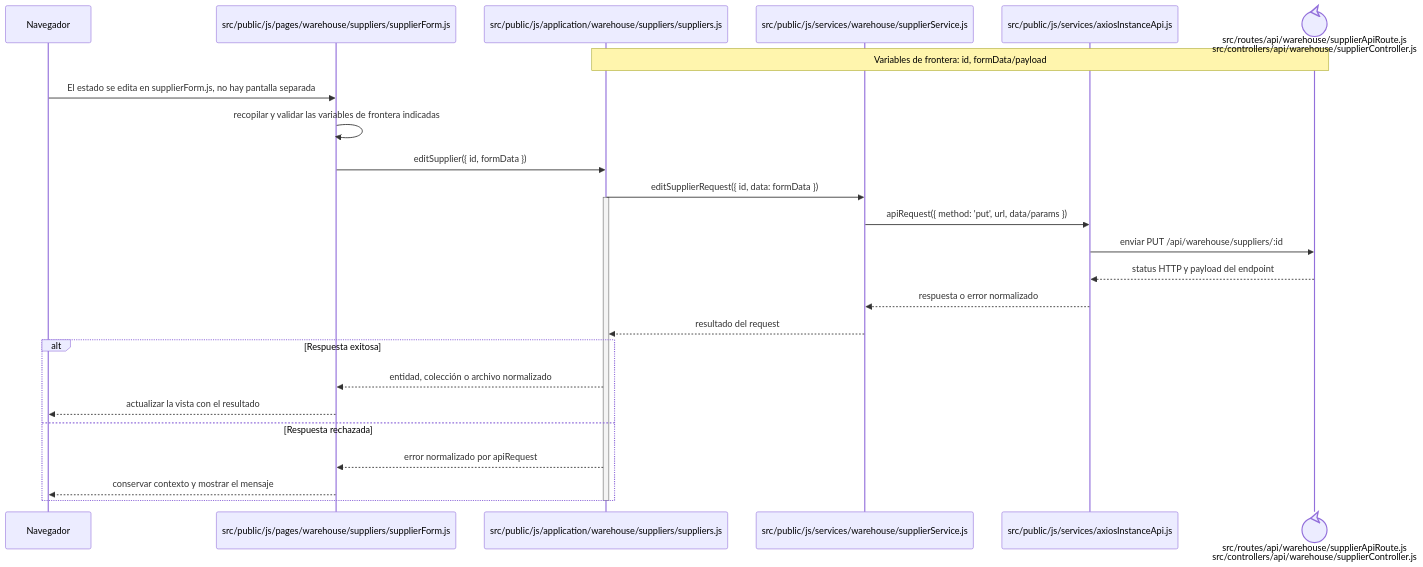
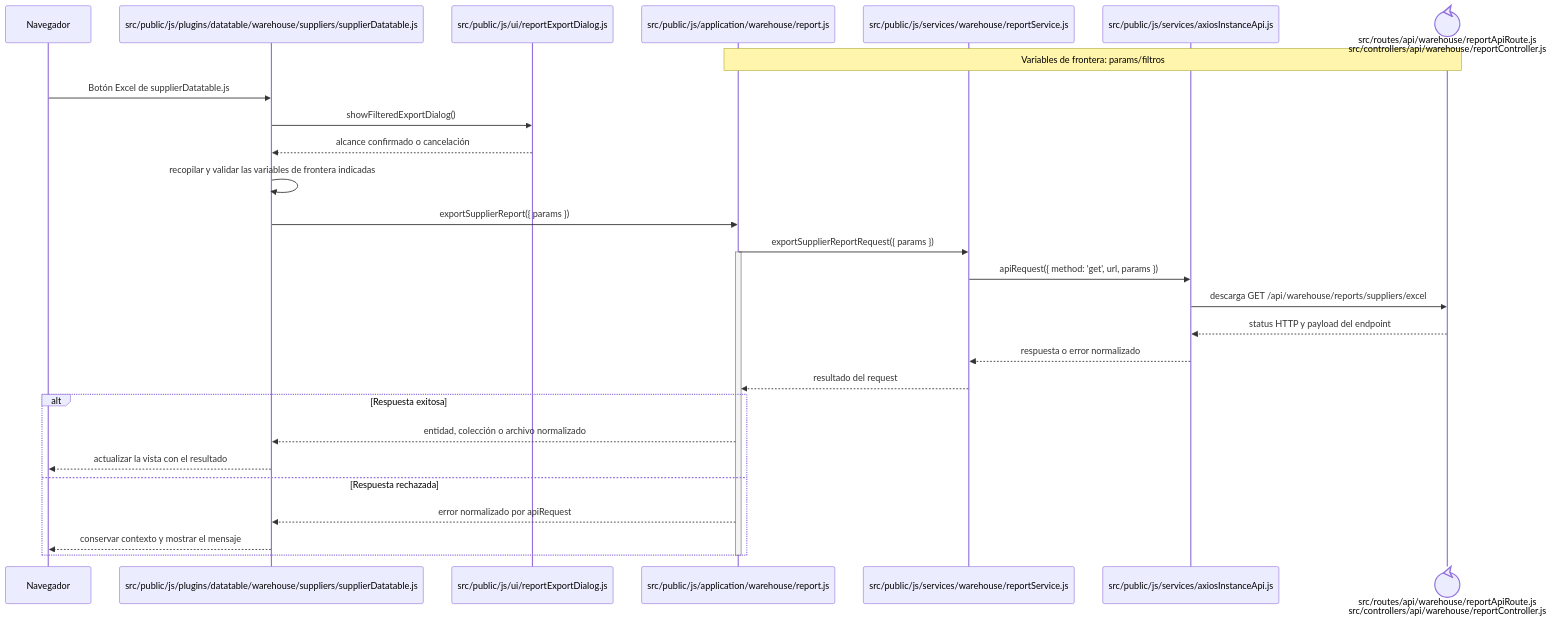
One commit to gpgsistemas01/nexus changed the diagram in docs/architecture/frontend-code-sequences/catalogs/cu-cat-13.md. Above: the diagram before and after it, drawn with Mermaid. The commit also changed other lines of this file and 207 other files, not shown here.

````diff
--- a/docs/architecture/frontend-code-sequences/catalogs/cu-cat-13.md
+++ b/docs/architecture/frontend-code-sequences/catalogs/cu-cat-13.md
@@ -6,29 +6,32 @@
 ```mermaid
 sequenceDiagram
     participant Browser as Navegador
-    participant View as src/public/js/pages/warehouse/suppliers/supplierForm.js
-    participant Application as src/public/js/application/warehouse/suppliers/suppliers.js
-    participant Request as src/public/js/services/warehouse/supplierService.js
+    participant View as src/public/js/plugins/datatable/warehouse/suppliers/supplierDatatable.js
+    participant Dialog as src/public/js/ui/reportExportDialog.js
+    participant Application as src/public/js/application/warehouse/report.js
+    participant Request as src/public/js/services/warehouse/reportService.js
     participant HTTP as src/public/js/services/axiosInstanceApi.js
-    participant Transport@{ "type": "control" } as src/routes/api/warehouse/supplierApiRoute.js<br/>src/controllers/api/warehouse/supplierController.js
-    Note over Application,Transport: Variables de frontera: id, formData/payload
+    participant Transport@{ "type": "control" } as src/routes/api/warehouse/reportApiRoute.js<br/>src/controllers/api/warehouse/reportController.js
+    Note over Application,Transport: Variables de frontera: params/filtros
 
-    Browser->>View: El estado se edita en supplierForm.js, no hay pantalla separada
+    Browser->>View: Botón Excel de supplierDatatable.js
+    View->>Dialog: showFilteredExportDialog()
+    Dialog-->>View: alcance confirmado o cancelación
     View->>View: recopilar y validar las variables de frontera indicadas
-    View->>Application: editSupplier({ id, formData })
-    Application->>Request: editSupplierRequest({ id, data: formData })
+    View->>Application: exportSupplierReport({ params })
+    Application->>Request: exportSupplierReportRequest({ params })
     activate Application
-    Request->>HTTP: apiRequest({ method: 'put', url, data/params })
-    HTTP->>Transport: enviar PUT /api/warehouse/suppliers/:id
+    Request->>HTTP: apiRequest({ method: 'get', url, params })
+    HTTP->>Transport: descarga GET /api/warehouse/reports/suppliers/excel
     Transport-->>HTTP: status HTTP y payload del endpoint
     HTTP-->>Request: respuesta o error normalizado
     Request-->>Application: resultado del request
     alt Respuesta exitosa
         Application-->>View: entidad, colección o archivo normalizado
         View-->>Browser: actualizar la vista con el resultado
     else Respuesta rechazada
         Application-->>View: error normalizado por apiRequest
         View-->>Browser: conservar contexto y mostrar el mensaje
     end
     deactivate Application
 ```
````
